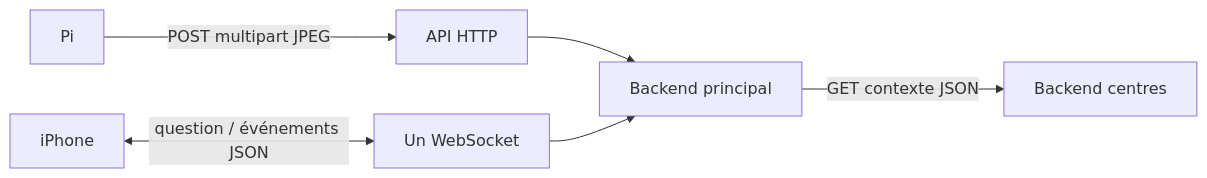
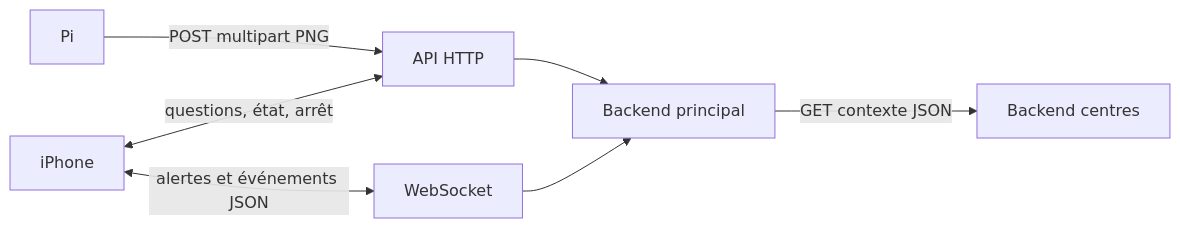
Before and after one commit to Mindsept/Looki--Vision: the first of 2 diagrams in contracts/README.md, drawn with Mermaid. The commit also changed other lines of this file and 56 other files, not shown here.

````diff
--- a/contracts/README.md
+++ b/contracts/README.md
@@ -14,8 +23,9 @@
 ```mermaid
 flowchart LR
-    Pi[Pi] -->|POST multipart JPEG| HTTP[API HTTP]
-    Phone[iPhone] <-->|question / événements JSON| WS[Un WebSocket]
+    Pi[Pi] -->|POST multipart PNG| HTTP[API HTTP]
+    Phone[iPhone] <-->|alertes et événements JSON| WS[WebSocket]
+    Phone <-->|questions, état, arrêt| HTTP
     HTTP --> Main[Backend principal]
     WS --> Main
     Main -->|GET contexte JSON| Centers[Backend centres]
 ```
````
